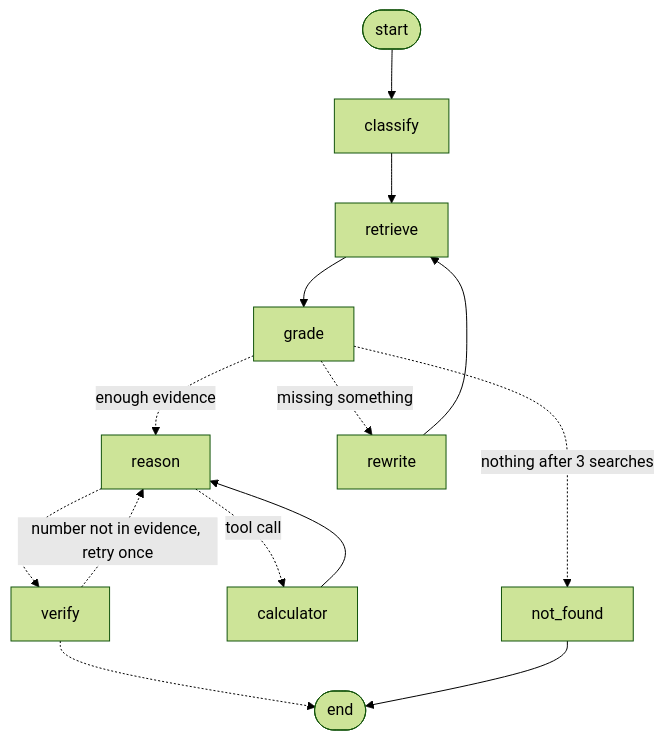
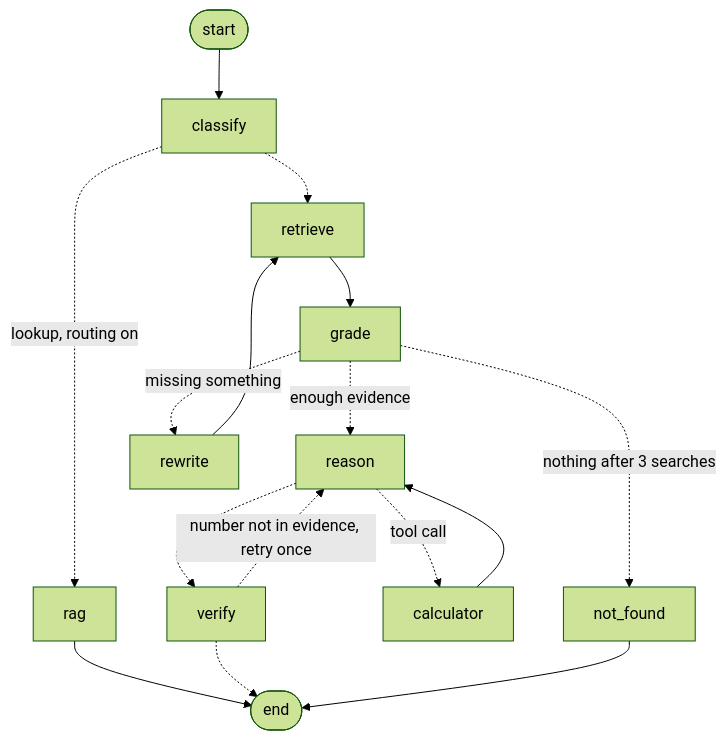
The diagram in README.md (gilgamish-hub/finreport-agent), drawn with Mermaid (forest theme) before and after one commit. The commit also changed other lines of this file and 14 other files, not shown here.

First line of the commit message:
Add lookup routing, an MCP server, and API metrics and auth

````diff
--- a/README.md
+++ b/README.md
@@ -24,16 +31,18 @@
 ```mermaid
 graph TD;
 	START([start]) --> classify;
-	classify --> retrieve;
+	classify -.->|lookup, routing on| rag;
+	rag --> END;
+	classify -.-> retrieve;
 	retrieve --> grade;
 	grade -.->|enough evidence| reason;
 	grade -.->|missing something| rewrite;
 	grade -.->|nothing after 3 searches| not_found;
 	rewrite --> retrieve;
 	reason -.->|tool call| calculator;
 	calculator --> reason;
 	reason -.-> verify;
 	verify -.->|number not in evidence, retry once| reason;
 	verify -.-> END([end]);
 	not_found --> END;
 ```
````
